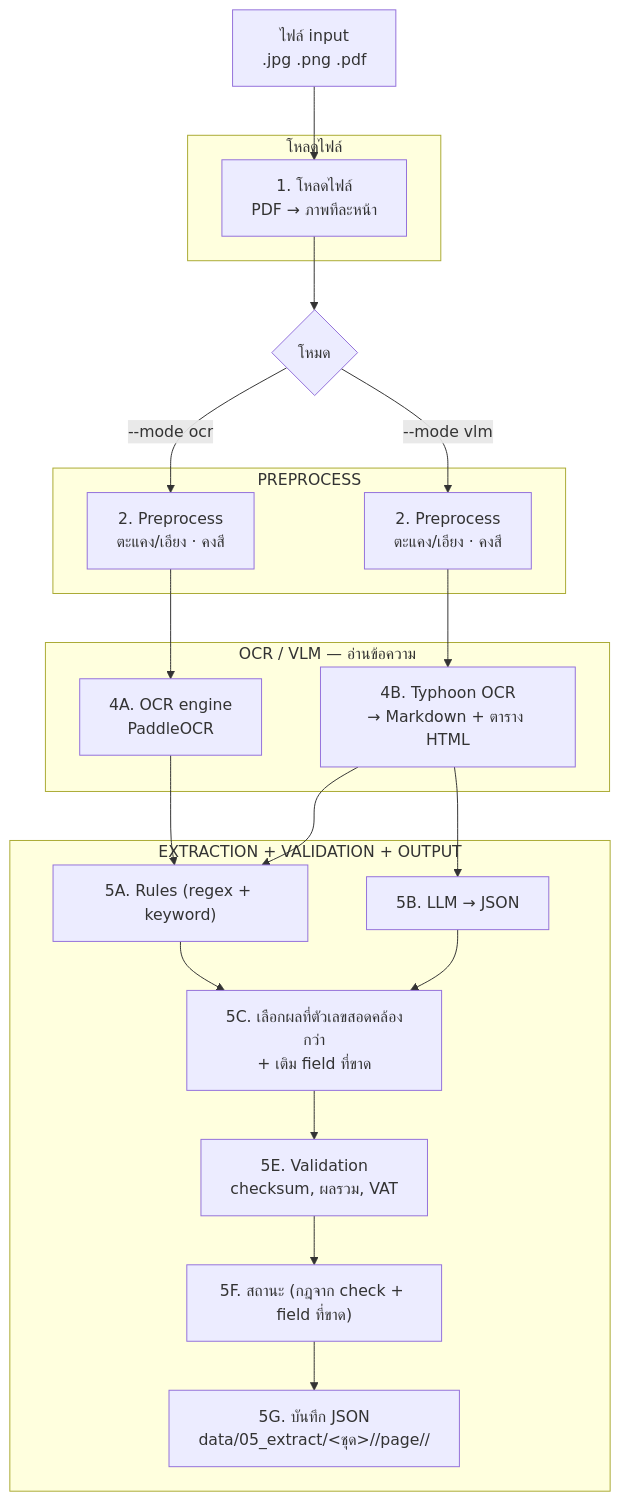
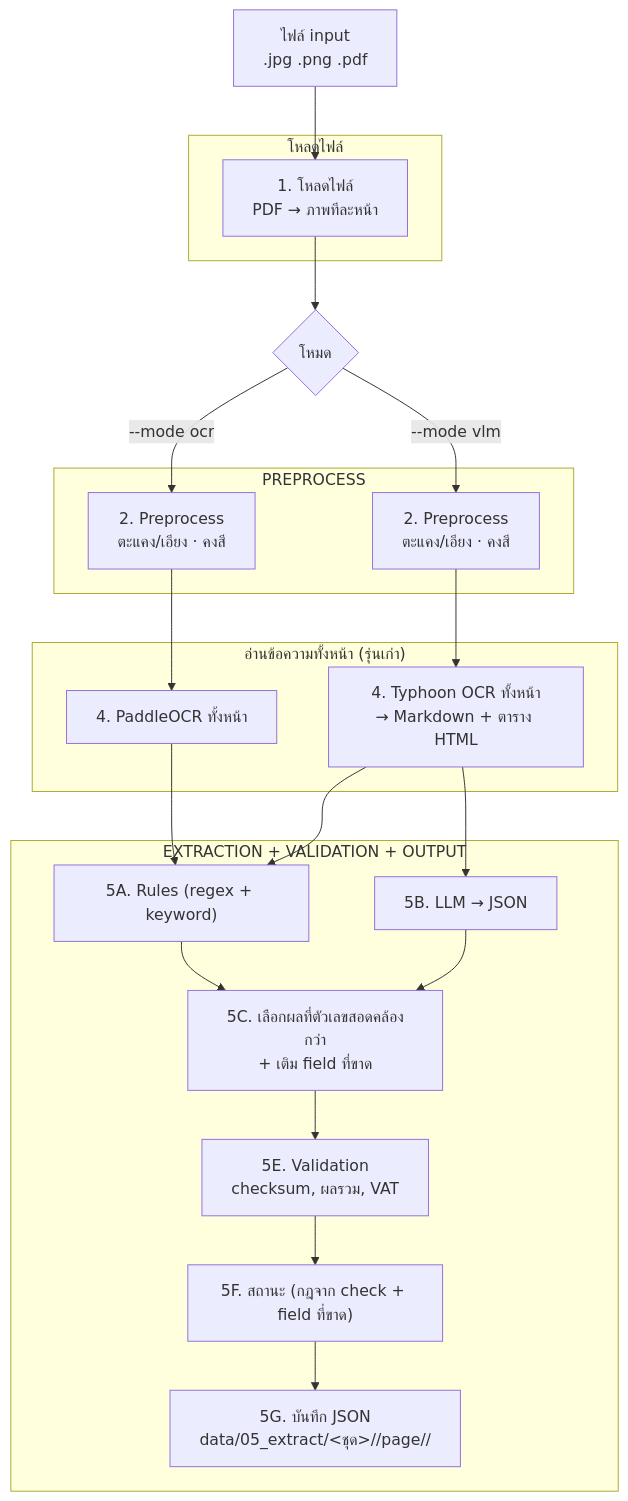
Before and after one commit to Pikcolo/fin-extractor: the second of 2 diagrams in docs/README.md, drawn with Mermaid. The commit also changed other lines of this file and 47 other files, not shown here.

First line of the commit message:
One readers package for every engine; drop the OCR/VLM split

````diff
--- a/docs/README.md
+++ b/docs/README.md
@@ -69,37 +69,37 @@
 ```mermaid
 flowchart TD
     A["ไฟล์ input<br/>.jpg .png .pdf"] --> B
 
     subgraph LOAD["โหลดไฟล์"]
         B["1. โหลดไฟล์<br/>PDF → ภาพทีละหน้า"]
     end
 
     B --> C{"โหมด"}
 
     subgraph PRE["PREPROCESS"]
         D1["2. Preprocess<br/>ตะแคง/เอียง · คงสี"]
         D2["2. Preprocess<br/>ตะแคง/เอียง · คงสี"]
     end
 
-    subgraph OCR["OCR / VLM — อ่านข้อความ"]
-        E1["4A. OCR engine<br/>PaddleOCR"]
-        E2["4B. Typhoon OCR<br/>→ Markdown + ตาราง HTML"]
+    subgraph OCR["อ่านข้อความทั้งหน้า (รุ่นเก่า)"]
+        E1["4. PaddleOCR ทั้งหน้า"]
+        E2["4. Typhoon OCR ทั้งหน้า<br/>→ Markdown + ตาราง HTML"]
     end
 
     subgraph EXT["EXTRACTION + VALIDATION + OUTPUT"]
         F["5A. Rules (regex + keyword)"]
         G["5B. LLM → JSON"]
         H["5C. เลือกผลที่ตัวเลขสอดคล้องกว่า<br/>+ เติม field ที่ขาด"]
         I["5E. Validation<br/>checksum, ผลรวม, VAT"]
         J["5F. สถานะ (กฎจาก check + field ที่ขาด)"]
         K["5G. บันทึก JSON<br/>data/05_extract/<ชุด>/<engine>/page/<extractor>/"]
     end
 
     C -- "--mode ocr" --> D1 --> E1 --> F
     C -- "--mode vlm" --> D2 --> E2
     E2 --> F
     E2 --> G
     F --> H
     G --> H
     H --> I --> J --> K
 ```
````
